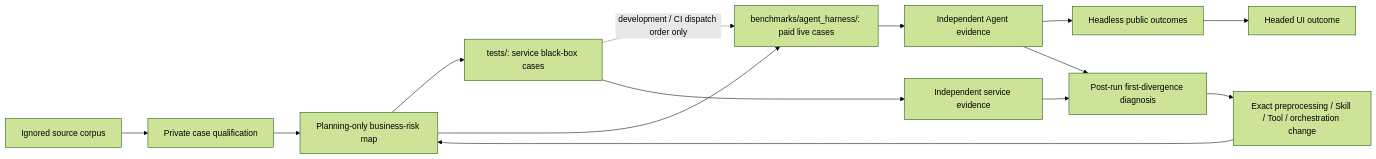
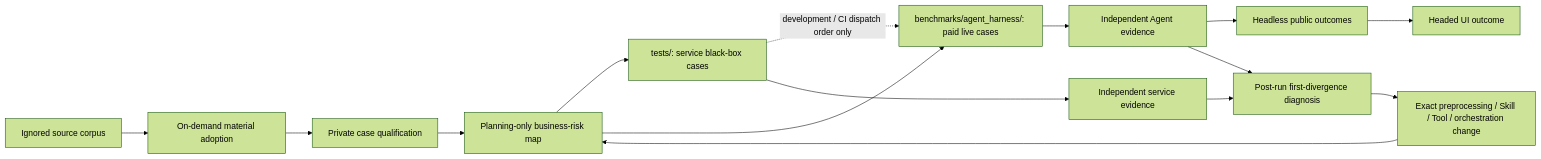
The first of 2 diagrams in tasks/improve-260809/program-plan.md (xiaoland/Xenix), drawn with Mermaid (forest theme) before and after one commit. The commit also changed other lines of this file and 86 other files, not shown here.

````diff
--- a/tasks/improve-260809/program-plan.md
+++ b/tasks/improve-260809/program-plan.md
@@ -5,16 +5,17 @@
 ```mermaid
 flowchart LR
-    M["Ignored source corpus"] --> Q["Private case qualification"]
+    M["Ignored source corpus"] --> MA["On-demand material adoption"]
+    MA --> Q["Private case qualification"]
     Q --> C["Planning-only business-risk map"]
     C --> S["tests/: service black-box cases"]
     C --> A["benchmarks/agent_harness/: paid live cases"]
     S -. "development / CI dispatch order only" .-> A
     S --> SR["Independent service evidence"]
     A --> AR["Independent Agent evidence"]
     AR --> H["Headless public outcomes"]
     H --> U["Headed UI outcome"]
     SR --> D["Post-run first-divergence diagnosis"]
     AR --> D
     D --> O["Exact preprocessing / Skill / Tool / orchestration change"]
     O --> C
 ```
````
